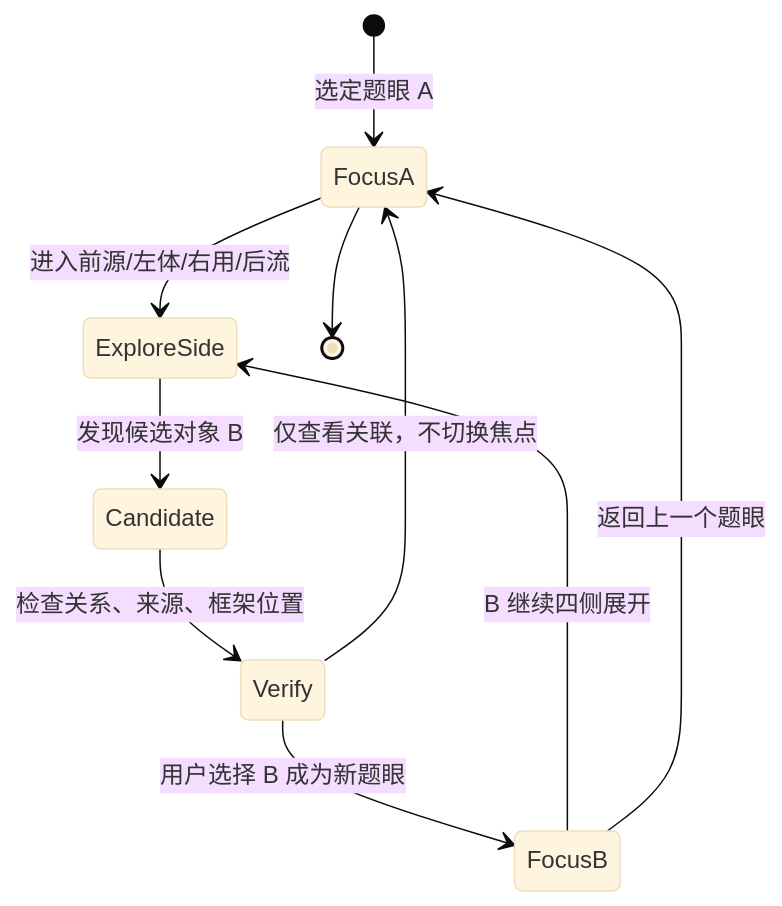
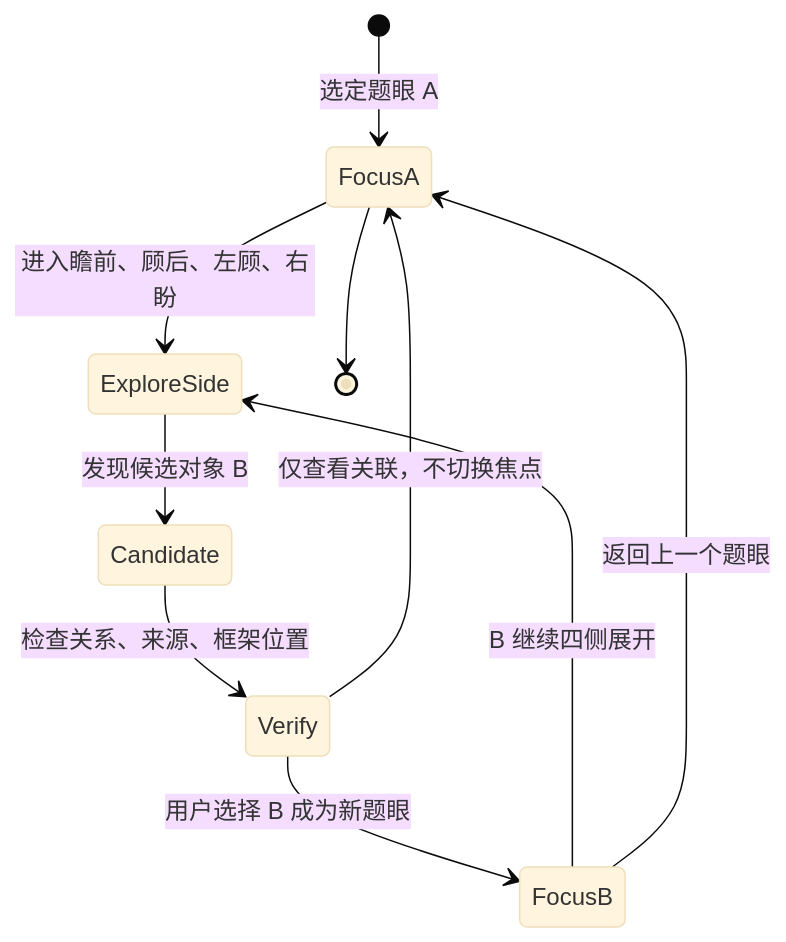
One commit to yijianvision-lgtm/yijian changed the fourth of 4 diagrams in docs/MIND-V3.3-A4-FOUR-SIDED-INTERACTION-AND-HISTORICAL-RECONSTRUCTION.md. Above: the diagram before and after it, drawn with Mermaid (base theme). The commit also changed other lines of this file, not shown here.

````diff
--- a/docs/MIND-V3.3-A4-FOUR-SIDED-INTERACTION-AND-HISTORICAL-RECONSTRUCTION.md
+++ b/docs/MIND-V3.3-A4-FOUR-SIDED-INTERACTION-AND-HISTORICAL-RECONSTRUCTION.md
@@ -225,12 +225,12 @@
 ```mermaid
 stateDiagram-v2
   [*] --> FocusA: 选定题眼 A
-  FocusA --> ExploreSide: 进入前源/左体/右用/后流
+  FocusA --> ExploreSide: 进入瞻前、顾后、左顾、右盼
   ExploreSide --> Candidate: 发现候选对象 B
   Candidate --> Verify: 检查关系、来源、框架位置
   Verify --> FocusB: 用户选择 B 成为新题眼
   Verify --> FocusA: 仅查看关联，不切换焦点
   FocusB --> ExploreSide: B 继续四侧展开
   FocusB --> FocusA: 返回上一个题眼
   FocusA --> [*]
 ```
````
